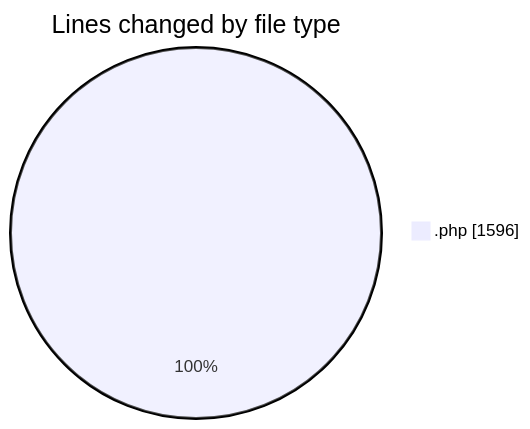
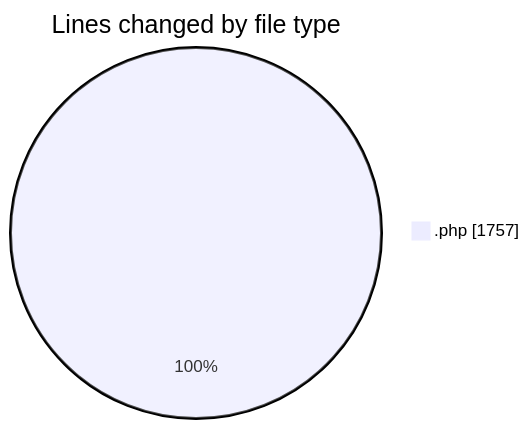
The first of 2 diagrams in 2025-08-21/enfold-child/README.md (debugP/code-tracking), drawn with Mermaid before and after one commit. The commit also changed other lines of this file and 1 other file, not shown here.

````diff
--- a/2025-08-21/enfold-child/README.md
+++ b/2025-08-21/enfold-child/README.md
@@ -20,5 +21,5 @@
 ```mermaid
 pie showData
 title Lines changed by file type
-".php" : 1596
+".php" : 1757
 ```
````
